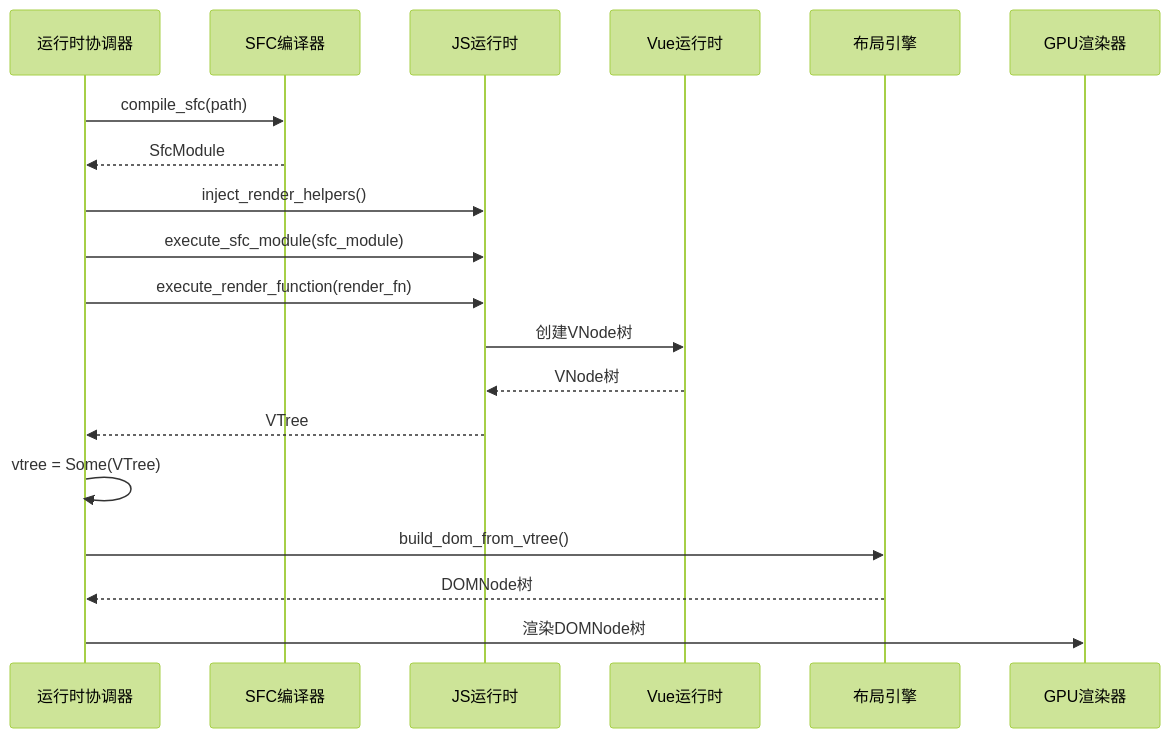
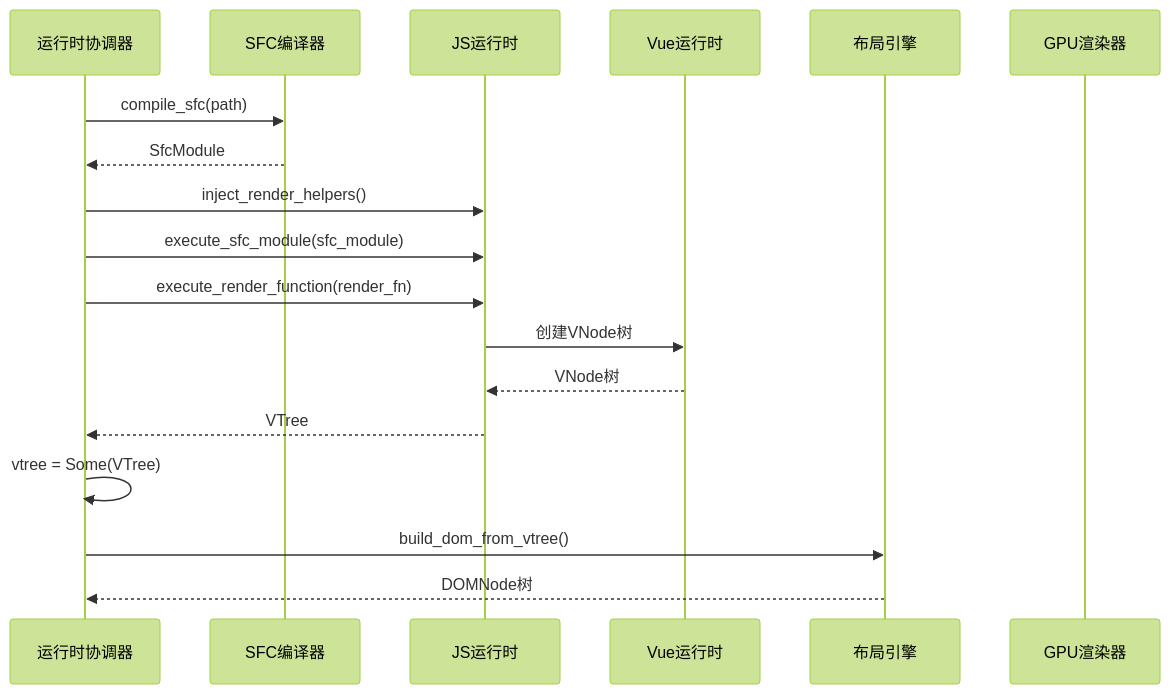
Before and after one commit to itszzl-sudo/iris: the ninth of 14 diagrams in .qoder/repowiki/zh/content/技术架构详解/整体架构设计/Iris运行时协调器.md, drawn with Mermaid (forest theme). The commit also changed other lines of this file and 2 other files, not shown here.

First line of the commit message:
Phase D 完成: Layout  GPU 渲染集成

````diff
--- a/.qoder/repowiki/zh/content/技术架构详解/整体架构设计/Iris运行时协调器.md
+++ b/.qoder/repowiki/zh/content/技术架构详解/整体架构设计/Iris运行时协调器.md
@@ -440,21 +477,20 @@
 ```mermaid
 sequenceDiagram
 participant ORCH as 运行时协调器
 participant SFC as SFC编译器
 participant JS as JS运行时
 participant VUE as Vue运行时
 participant LAYOUT as 布局引擎
 participant GPU as GPU渲染器
 ORCH->>SFC : compile_sfc(path)
 SFC-->>ORCH : SfcModule
 ORCH->>JS : inject_render_helpers()
 ORCH->>JS : execute_sfc_module(sfc_module)
 ORCH->>JS : execute_render_function(render_fn)
 JS->>VUE : 创建VNode树
 VUE-->>JS : VNode树
 JS-->>ORCH : VTree
 ORCH->>ORCH : vtree = Some(VTree)
 ORCH->>LAYOUT : build_dom_from_vtree()
 LAYOUT-->>ORCH : DOMNode树
-ORCH->>GPU : 渲染DOMNode树
 ```
````
